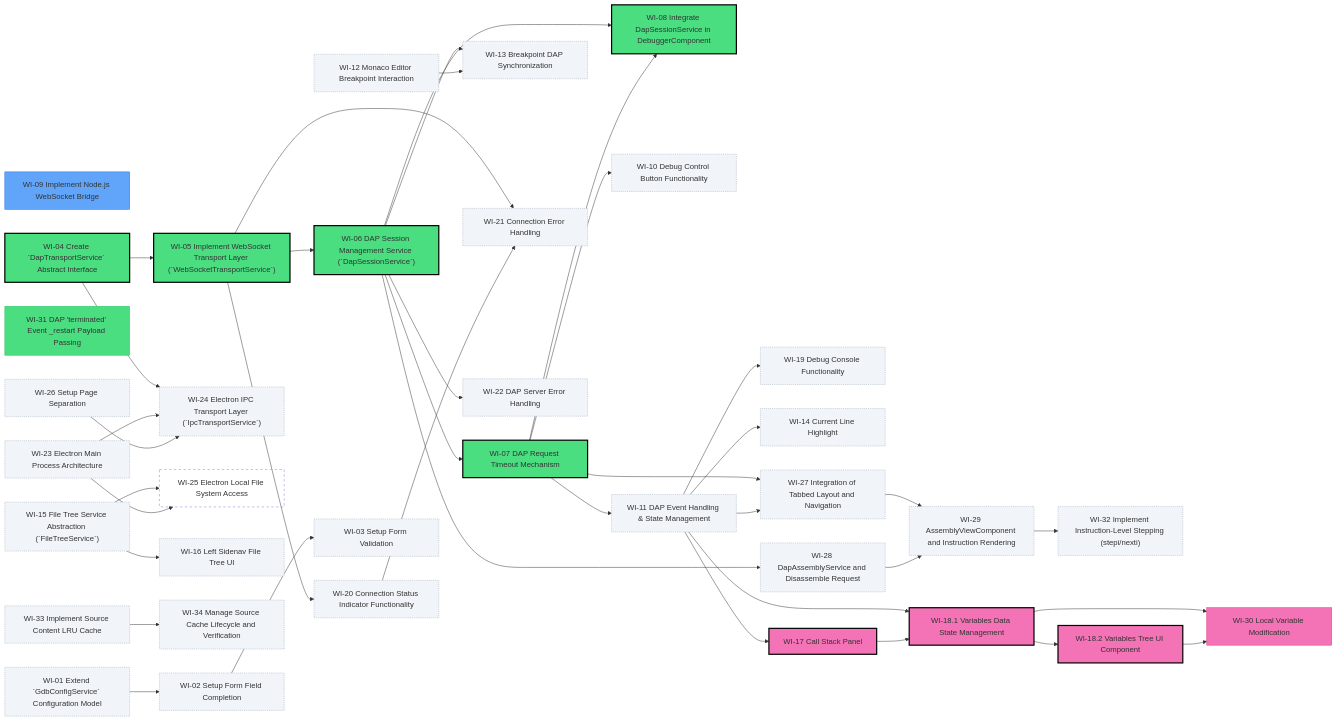
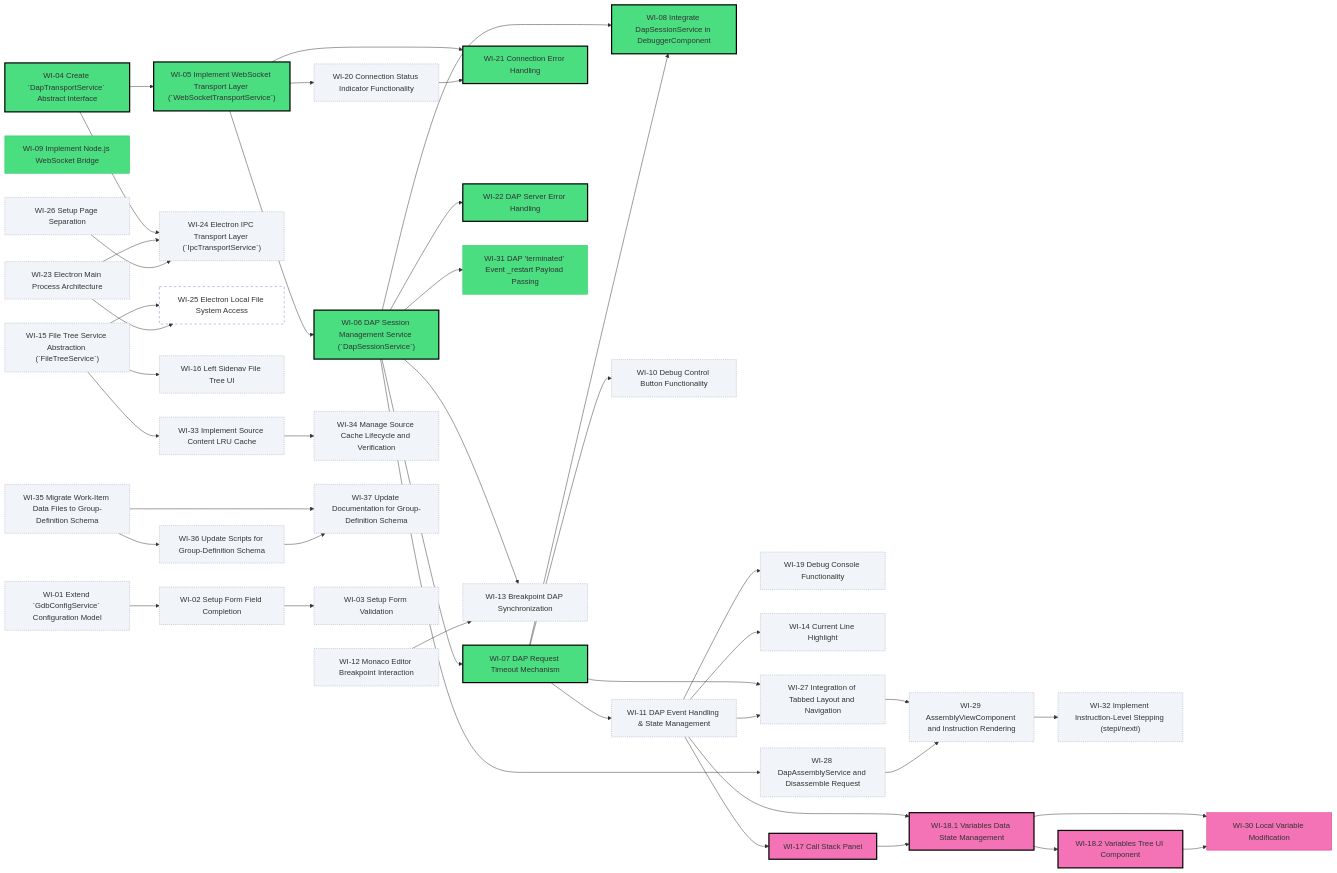
Before and after one commit to tangpo387-arch/taro-debugger: the diagram in docs/project-roadmap.md, drawn with Mermaid. The commit also changed other lines of this file and 32 other files, not shown here.

Commit message:
refactor: migrate work item data from docs to root-level JSON files and update management scripts accordingly

````diff
--- a/docs/project-roadmap.md
+++ b/docs/project-roadmap.md
@@ -10,6 +10,5 @@
 ```mermaid
 graph LR
-    WI_09["WI-09 Implement Node.js WebSocket Bridge"]
     WI_19["WI-19 Debug Console Functionality"]
     WI_20["WI-20 Connection Status Indicator Functionality"]
     WI_04["WI-04 Create `DapTransportService` Abstract Interface"]
@@ -17,6 +16,9 @@
     WI_06["WI-06 DAP Session Management Service (`DapSessionService`)"]
     WI_07["WI-07 DAP Request Timeout Mechanism"]
     WI_08["WI-08 Integrate DapSessionService in DebuggerComponent"]
+    WI_09["WI-09 Implement Node.js WebSocket Bridge"]
+    WI_21["WI-21 Connection Error Handling"]
+    WI_22["WI-22 DAP Server Error Handling"]
     WI_31["WI-31 DAP 'terminated' Event _restart Payload Passing"]
     WI_10["WI-10 Debug Control Button Functionality"]
     WI_11["WI-11 DAP Event Handling & State Management"]
@@ -27,12 +29,13 @@
     WI_26["WI-26 Setup Page Separation"]
     WI_24["WI-24 Electron IPC Transport Layer (`IpcTransportService`)"]
     WI_25["WI-25 Electron Local File System Access"]
-    WI_21["WI-21 Connection Error Handling"]
-    WI_22["WI-22 DAP Server Error Handling"]
     WI_15["WI-15 File Tree Service Abstraction (`FileTreeService`)"]
     WI_16["WI-16 Left Sidenav File Tree UI"]
     WI_33["WI-33 Implement Source Content LRU Cache"]
     WI_34["WI-34 Manage Source Cache Lifecycle and Verification"]
+    WI_35["WI-35 Migrate Work-Item Data Files to Group-Definition Schema"]
+    WI_36["WI-36 Update Scripts for Group-Definition Schema"]
+    WI_37["WI-37 Update Documentation for Group-Definition Schema"]
     WI_27["WI-27 Integration of Tabbed Layout and Navigation"]
     WI_28["WI-28 DapAssemblyService and Disassemble Request"]
     WI_29["WI-29 AssemblyViewComponent and Instruction Rendering"]
@@ -51,6 +54,10 @@
     WI_06 --> WI_07
     WI_06 --> WI_08
     WI_07 --> WI_08
+    WI_05 --> WI_21
+    WI_20 --> WI_21
+    WI_06 --> WI_22
+    WI_06 --> WI_31
     WI_07 --> WI_10
     WI_07 --> WI_11
     WI_06 --> WI_13
@@ -61,11 +68,12 @@
     WI_26 --> WI_24
     WI_15 --> WI_25
     WI_23 --> WI_25
-    WI_05 --> WI_21
-    WI_20 --> WI_21
-    WI_06 --> WI_22
     WI_15 --> WI_16
+    WI_15 --> WI_33
     WI_33 --> WI_34
+    WI_35 --> WI_36
+    WI_35 --> WI_37
+    WI_36 --> WI_37
     WI_07 --> WI_27
     WI_11 --> WI_27
     WI_06 --> WI_28
@@ -81,7 +89,6 @@
     WI_18_1 --> WI_30
     WI_18_2 --> WI_30
 
-    style WI_09 fill:#60a5fa,stroke:#2563eb
     style WI_19 fill:#f1f5f9,stroke:#94a3b8,stroke-width:1px,stroke-dasharray:2
     style WI_20 fill:#f1f5f9,stroke:#94a3b8,stroke-width:1px,stroke-dasharray:2
     style WI_04 fill:#4ade80,stroke:#000,stroke-width:2.5px
@@ -89,6 +96,9 @@
     style WI_06 fill:#4ade80,stroke:#000,stroke-width:2.5px
     style WI_07 fill:#4ade80,stroke:#000,stroke-width:2.5px
     style WI_08 fill:#4ade80,stroke:#000,stroke-width:2.5px
+    style WI_09 fill:#4ade80,stroke:#22c55e
+    style WI_21 fill:#4ade80,stroke:#000,stroke-width:2.5px
+    style WI_22 fill:#4ade80,stroke:#000,stroke-width:2.5px
     style WI_31 fill:#4ade80,stroke:#22c55e
     style WI_10 fill:#f1f5f9,stroke:#94a3b8,stroke-width:1px,stroke-dasharray:2
     style WI_11 fill:#f1f5f9,stroke:#94a3b8,stroke-width:1px,stroke-dasharray:2
@@ -99,12 +109,13 @@
     style WI_26 fill:#f1f5f9,stroke:#94a3b8,stroke-width:1px,stroke-dasharray:2
     style WI_24 fill:#f1f5f9,stroke:#94a3b8,stroke-width:1px,stroke-dasharray:2
     style WI_25 fill:none,stroke-dasharray:5
-    style WI_21 fill:#f1f5f9,stroke:#94a3b8,stroke-width:1px,stroke-dasharray:2
-    style WI_22 fill:#f1f5f9,stroke:#94a3b8,stroke-width:1px,stroke-dasharray:2
     style WI_15 fill:#f1f5f9,stroke:#94a3b8,stroke-width:1px,stroke-dasharray:2
     style WI_16 fill:#f1f5f9,stroke:#94a3b8,stroke-width:1px,stroke-dasharray:2
     style WI_33 fill:#f1f5f9,stroke:#94a3b8,stroke-width:1px,stroke-dasharray:2
     style WI_34 fill:#f1f5f9,stroke:#94a3b8,stroke-width:1px,stroke-dasharray:2
+    style WI_35 fill:#f1f5f9,stroke:#94a3b8,stroke-width:1px,stroke-dasharray:2
+    style WI_36 fill:#f1f5f9,stroke:#94a3b8,stroke-width:1px,stroke-dasharray:2
+    style WI_37 fill:#f1f5f9,stroke:#94a3b8,stroke-width:1px,stroke-dasharray:2
     style WI_27 fill:#f1f5f9,stroke:#94a3b8,stroke-width:1px,stroke-dasharray:2
     style WI_28 fill:#f1f5f9,stroke:#94a3b8,stroke-width:1px,stroke-dasharray:2
     style WI_29 fill:#f1f5f9,stroke:#94a3b8,stroke-width:1px,stroke-dasharray:2
````
